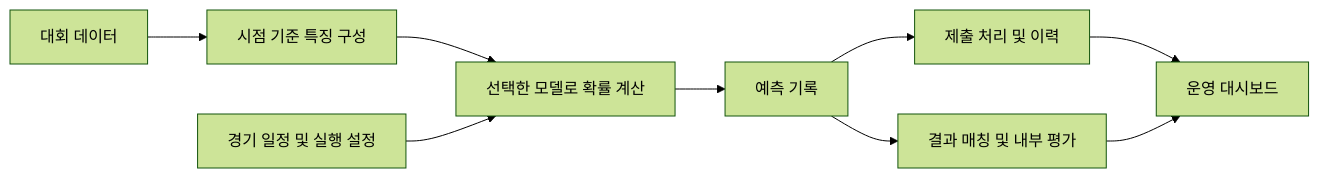
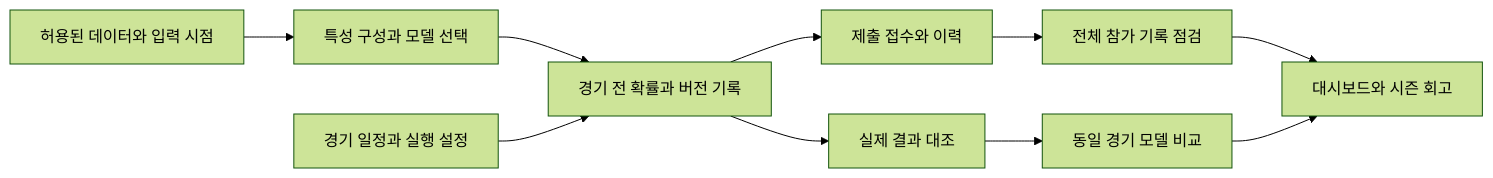
The diagram in README.md (jinwon25/KBO-predictor), drawn with Mermaid (forest theme) before and after one commit. The commit also changed other lines of this file and 8 other files, not shown here.

````diff
--- a/README.md
+++ b/README.md
@@ -62,11 +37,12 @@
 ```mermaid
 flowchart LR
-    A[대회 데이터] --> B[시점 기준 특징 구성]
-    B --> C[선택한 모델로 확률 계산]
-    D[경기 일정 및 실행 설정] --> C
-    C --> E[예측 기록]
-    E --> F[제출 처리 및 이력]
-    E --> G[결과 매칭 및 내부 평가]
-    F --> H[운영 대시보드]
-    G --> H
+    A[허용된 데이터와 입력 시점] --> B[특성 구성과 모델 선택]
+    B --> C[경기 전 확률과 버전 기록]
+    D[경기 일정과 실행 설정] --> C
+    C --> E[제출 접수와 이력]
+    C --> F[실제 결과 대조]
+    E --> G[전체 참가 기록 점검]
+    F --> H[동일 경기 모델 비교]
+    G --> I[대시보드와 시즌 회고]
+    H --> I
 ```
````
